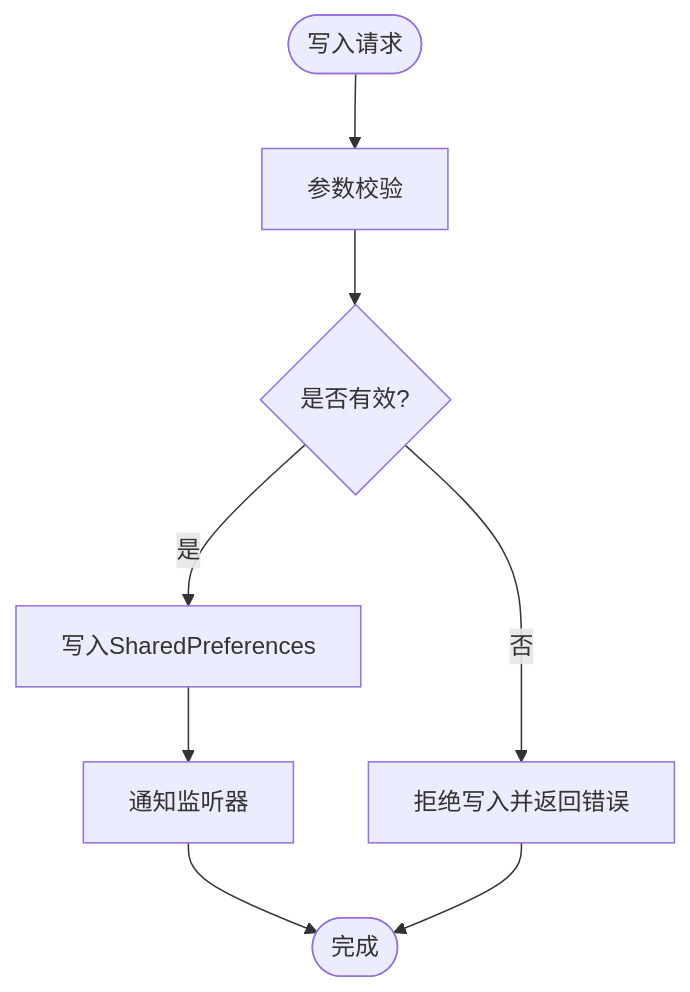
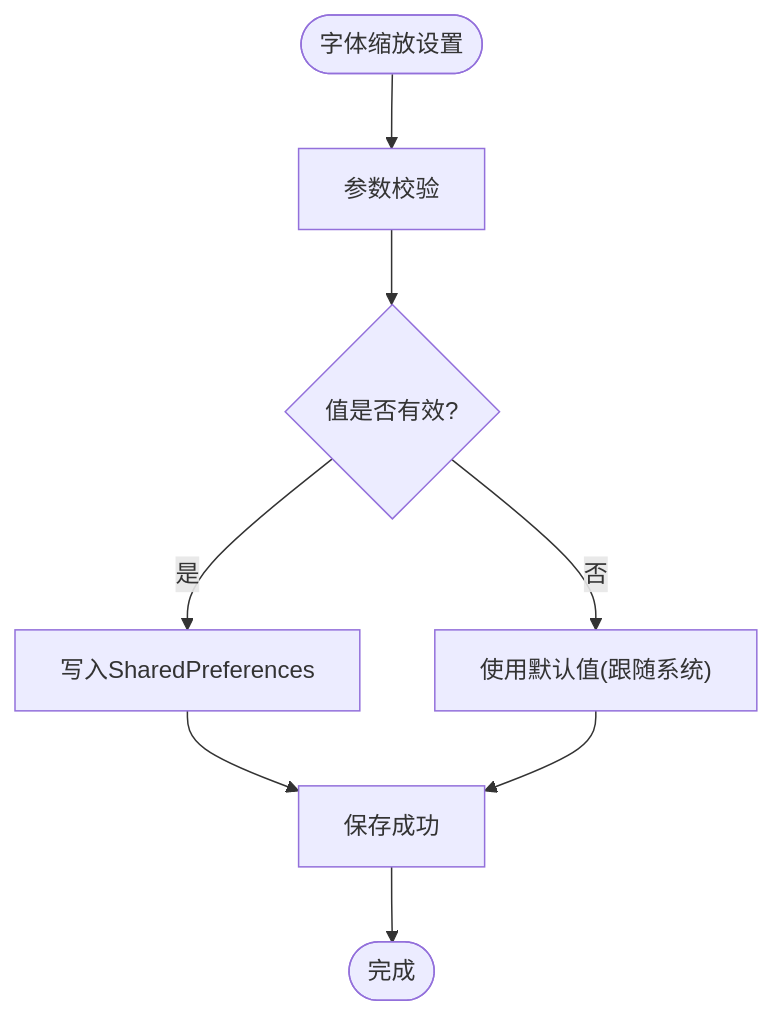
One commit to ZhangGHGitHub/LegadoTeamFlutter changed the third of 6 diagrams in .qoder/repowiki/zh/content/Flutter跨平台应用/状态管理/设置Provider.md. Above: the diagram before and after it, drawn with Mermaid. The commit also changed other lines of this file and 173 other files, not shown here.

````diff
--- a/.qoder/repowiki/zh/content/Flutter跨平台应用/状态管理/设置Provider.md
+++ b/.qoder/repowiki/zh/content/Flutter跨平台应用/状态管理/设置Provider.md
@@ -169,10 +138,10 @@
 ```mermaid
 flowchart TD
-Start(["写入请求"]) --> Validate["参数校验"]
-Validate --> Valid{"是否有效?"}
-Valid --> |否| Reject["拒绝写入并返回错误"]
+Start(["字体缩放设置"]) --> Validate["参数校验"]
+Validate --> Valid{"值是否有效?"}
+Valid --> |否| Default["使用默认值(跟随系统)"]
 Valid --> |是| Write["写入SharedPreferences"]
-Write --> Notify["通知监听器"]
-Notify --> End(["完成"])
-Reject --> End
+Write --> Success["保存成功"]
+Default --> Success
+Success --> End(["完成"])
 ```
````
